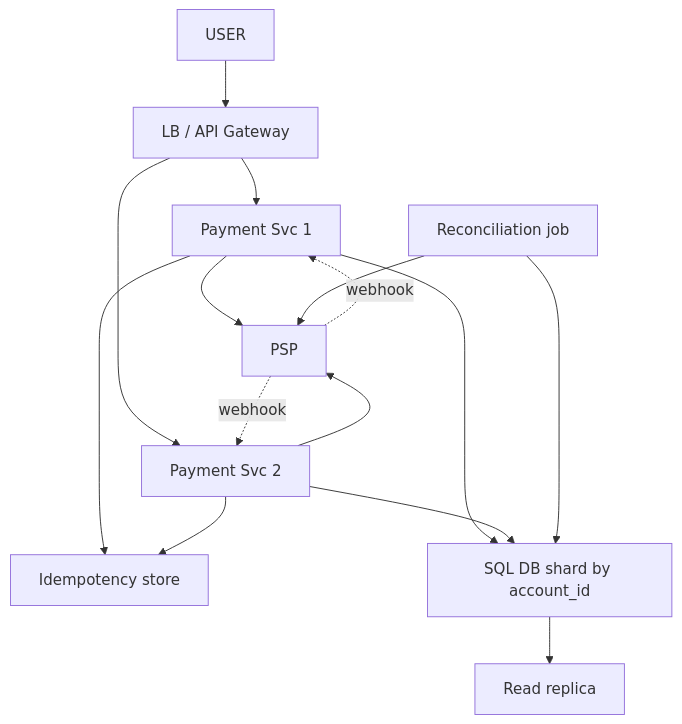
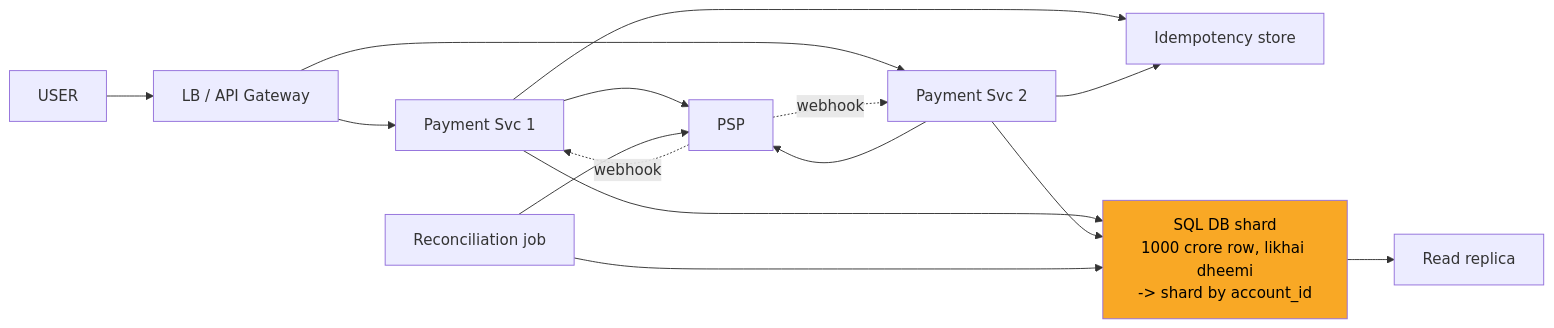
Diagram 11 of 12 in 04_HLD/SYSTEM_DESIGNS/06_payment_system/06_payment_system.md (ArpanMaheshwari144/Prep), drawn with Mermaid before and after one commit. The commit also changed other lines of this file and 2 other files, not shown here.

Commit message:
notification, payment, file upload: one-day story, short cards, follow-ups with rules, highlighted diagrams

````diff
--- a/04_HLD/SYSTEM_DESIGNS/06_payment_system/06_payment_system.md
+++ b/04_HLD/SYSTEM_DESIGNS/06_payment_system/06_payment_system.md
@@ -425,26 +427,27 @@
 ```mermaid
-flowchart TD
+flowchart LR
     n_USER["USER"]
     n_LB_API_Gateway["LB / API Gateway"]
     n_Payment_Svc_x_N_1["Payment Svc 1"]
     n_Payment_Svc_x_N_2["Payment Svc 2"]
     n_Idempotency_store["Idempotency store"]
     n_PSP["PSP"]
-    n_SQL_DB_shard_by_account_id["SQL DB shard by account_id"]
+    n_SQL_DB_shard_by_account_id["SQL DB shard<br/>1000 crore row, likhai dheemi<br/>-> shard by account_id"]
     n_Read_replica["Read replica"]
     n_Reconciliation_job["Reconciliation job"]
     n_USER --> n_LB_API_Gateway
     n_LB_API_Gateway --> n_Payment_Svc_x_N_1
     n_LB_API_Gateway --> n_Payment_Svc_x_N_2
     n_Payment_Svc_x_N_1 --> n_Idempotency_store
     n_Payment_Svc_x_N_2 --> n_Idempotency_store
     n_Payment_Svc_x_N_1 --> n_PSP
     n_Payment_Svc_x_N_2 --> n_PSP
     n_Payment_Svc_x_N_1 --> n_SQL_DB_shard_by_account_id
     n_Payment_Svc_x_N_2 --> n_SQL_DB_shard_by_account_id
     n_SQL_DB_shard_by_account_id --> n_Read_replica
     n_Reconciliation_job --> n_SQL_DB_shard_by_account_id
     n_Reconciliation_job --> n_PSP
     n_PSP -.->|webhook| n_Payment_Svc_x_N_1
     n_PSP -.->|webhook| n_Payment_Svc_x_N_2
+    style n_SQL_DB_shard_by_account_id fill:#f9a825,color:#000
 ```
````
